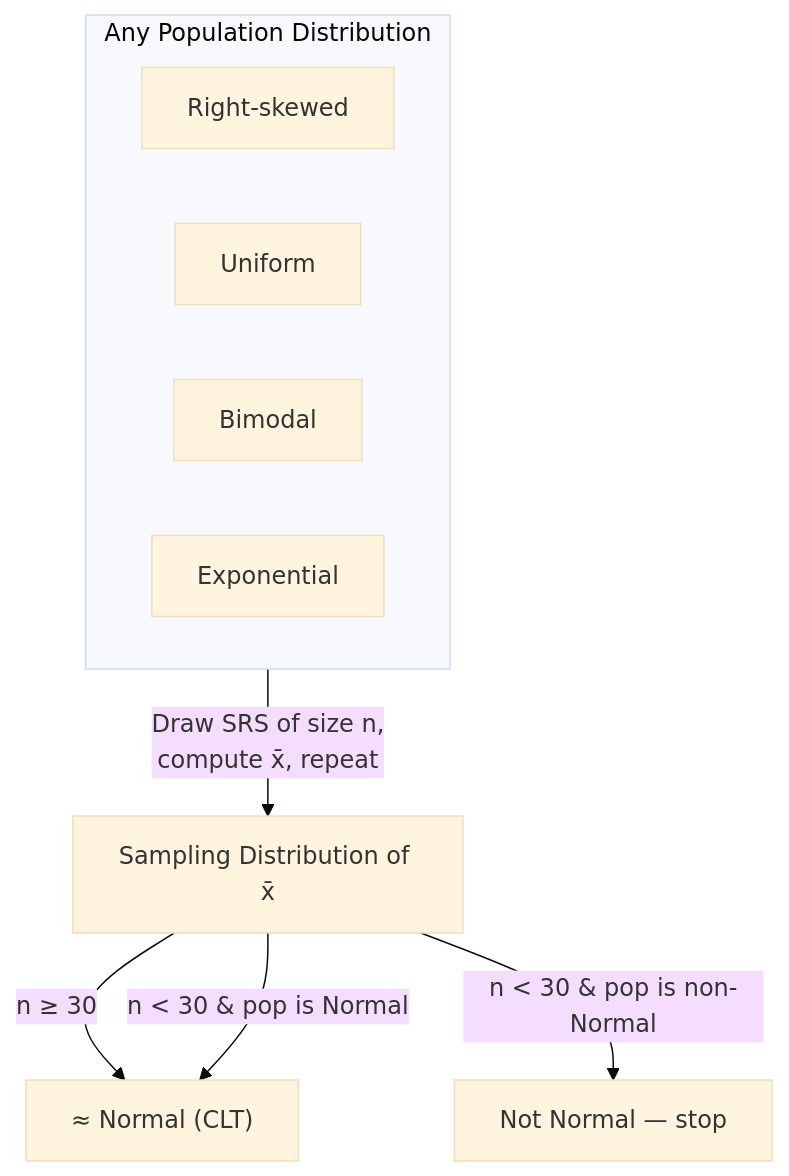
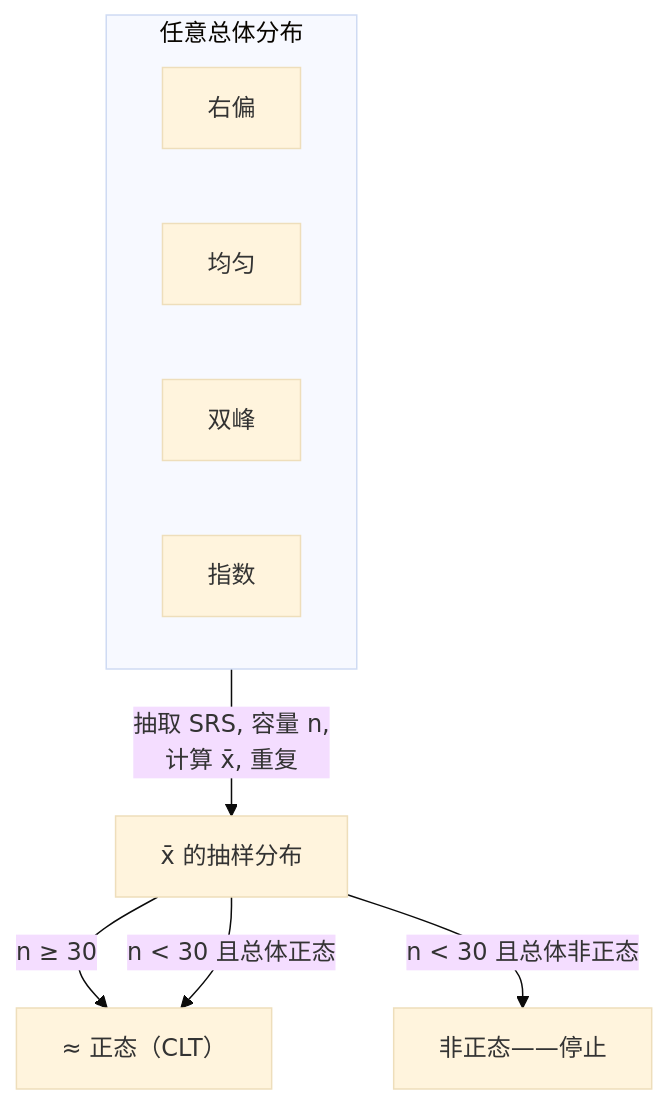
Before and after one commit to xieguaiwu/Notes: the first of 2 diagrams in Math/Statistics/AP_Statistics/Sampling_Distribution_Means.md, drawn with Mermaid (base theme). The commit also changed other lines of this file and 30 other files, not shown here.

Commit message:
obsidian-note-generation: translate all AP Statistics notes to Chinese, fix format issues (H1, --- separators, Unicode→LaTeX), add chart types review note

````diff
--- a/Math/Statistics/AP_Statistics/Sampling_Distribution_Means.md
+++ b/Math/Statistics/AP_Statistics/Sampling_Distribution_Means.md
@@ -53,13 +47,13 @@
 ```mermaid
 flowchart TB
-    subgraph Population["Any Population Distribution"]
-        P1["Right-skewed"] 
-        P2["Uniform"]
-        P3["Bimodal"]
-        P4["Exponential"]
+    subgraph Population["任意总体分布"]
+        P1["右偏"] 
+        P2["均匀"]
+        P3["双峰"]
+        P4["指数"]
     end
-    Population -->|"Draw SRS of size n,<br/>compute x̄, repeat"| SD["Sampling Distribution of x̄"]
-    SD -->|"n ≥ 30"| Normal["≈ Normal (CLT)"]
-    SD -->|"n < 30 & pop is Normal"| Normal
-    SD -->|"n < 30 & pop is non-Normal"| Skewed["Not Normal — stop"]
+    Population -->|"抽取 SRS, 容量 n,<br/>计算 x̄, 重复"| SD["x̄ 的抽样分布"]
+    SD -->|"n ≥ 30"| Normal["≈ 正态（CLT）"]
+    SD -->|"n < 30 且总体正态"| Normal
+    SD -->|"n < 30 且总体非正态"| Skewed["非正态——停止"]
 ```
````
